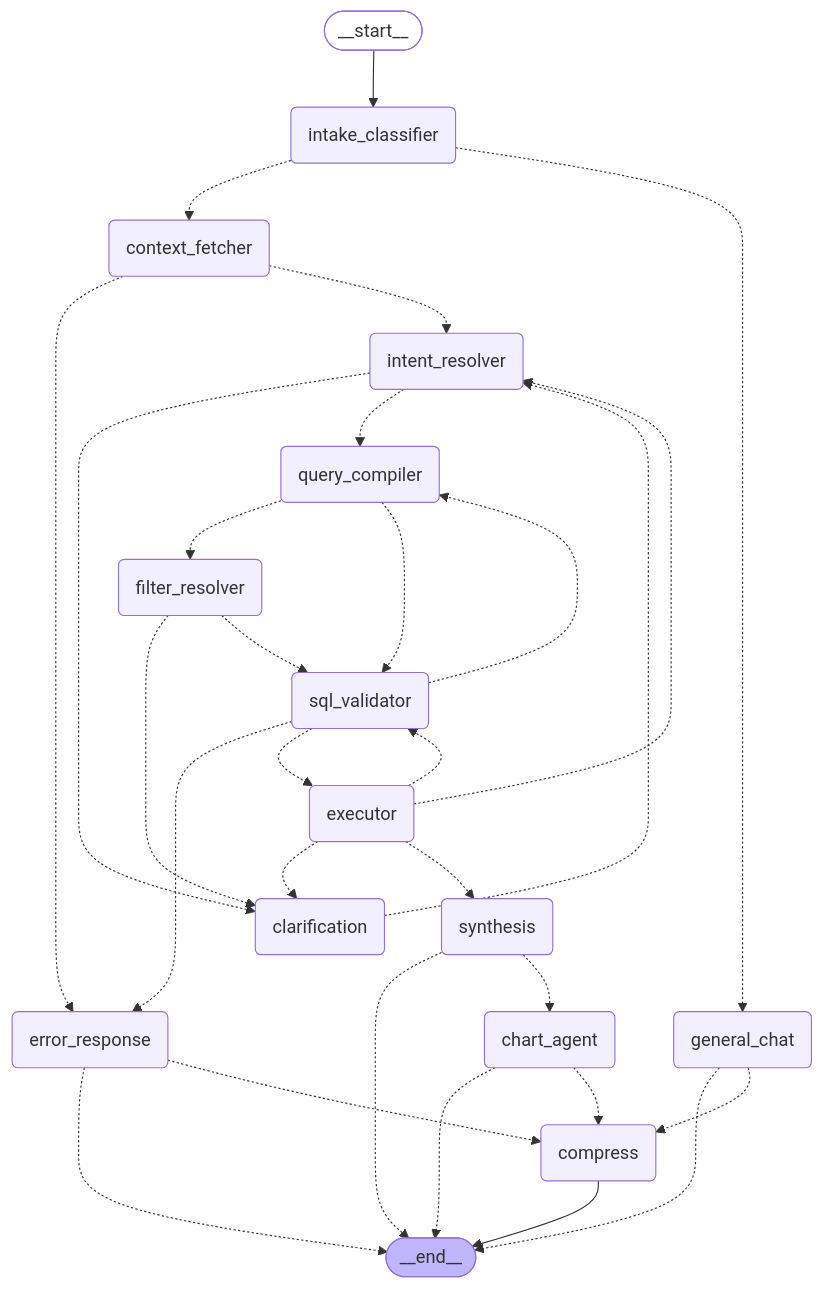
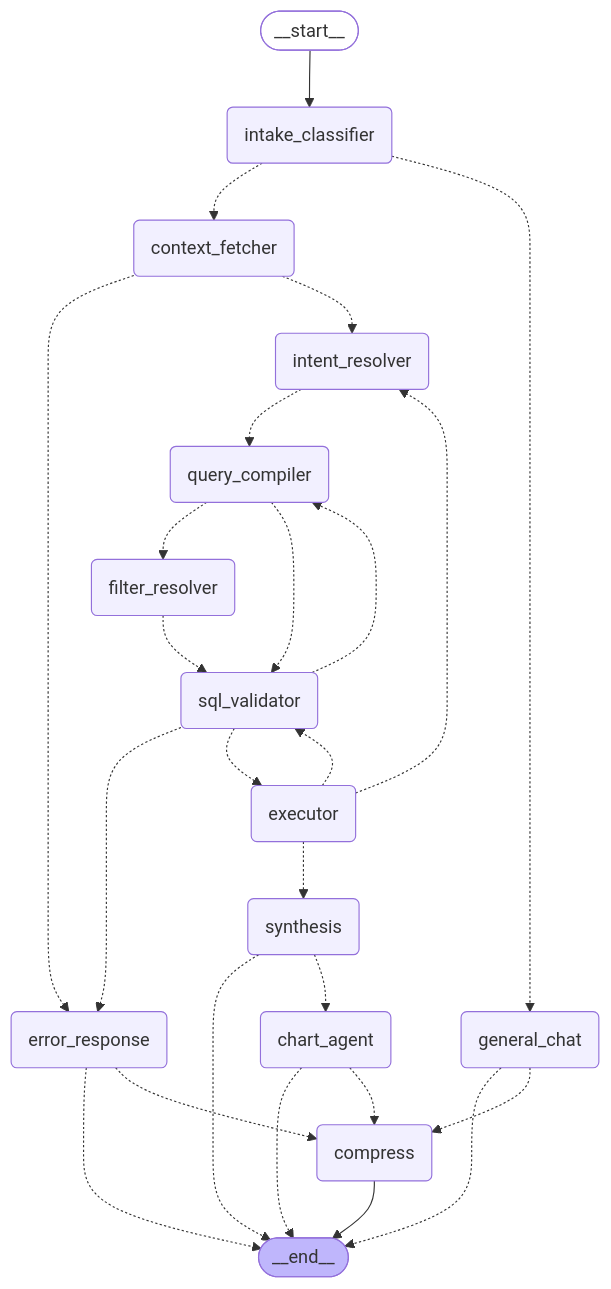
One commit to mayankdas2005/MTI-Brain changed the diagram in assets/analytics_graph.mmd. Above: the diagram before and after it, drawn with Mermaid. The commit also changed 60 other files, not shown here.

```diff
--- a/assets/analytics_graph.mmd
+++ b/assets/analytics_graph.mmd
@@ -1,47 +1,42 @@
 graph TD;
 	__start__([<p>__start__</p>]):::first
 	intake_classifier(intake_classifier)
 	general_chat(general_chat)
 	context_fetcher(context_fetcher)
 	intent_resolver(intent_resolver)
-	clarification(clarification)
 	query_compiler(query_compiler)
 	filter_resolver(filter_resolver)
 	sql_validator(sql_validator)
 	executor(executor)
 	synthesis(synthesis)
 	chart_agent(chart_agent)
 	error_response(error_response)
 	compress(compress)
 	__end__([<p>__end__</p>]):::last
 	__start__ --> intake_classifier;
 	chart_agent -.-> __end__;
 	chart_agent -.-> compress;
-	clarification -.-> intent_resolver;
 	context_fetcher -.-> error_response;
 	context_fetcher -.-> intent_resolver;
 	error_response -.-> __end__;
 	error_response -.-> compress;
-	executor -.-> clarification;
 	executor -.-> intent_resolver;
 	executor -.-> sql_validator;
 	executor -.-> synthesis;
-	filter_resolver -.-> clarification;
 	filter_resolver -.-> sql_validator;
 	general_chat -.-> __end__;
 	general_chat -.-> compress;
 	intake_classifier -.-> context_fetcher;
 	intake_classifier -.-> general_chat;
-	intent_resolver -.-> clarification;
 	intent_resolver -.-> query_compiler;
 	query_compiler -.-> filter_resolver;
 	query_compiler -.-> sql_validator;
 	sql_validator -.-> error_response;
 	sql_validator -.-> executor;
 	sql_validator -.-> query_compiler;
 	synthesis -.-> __end__;
 	synthesis -.-> chart_agent;
 	compress --> __end__;
 	classDef default fill:#f2f0ff,line-height:1.2
 	classDef first fill-opacity:0
 	classDef last fill:#bfb6fc
```
